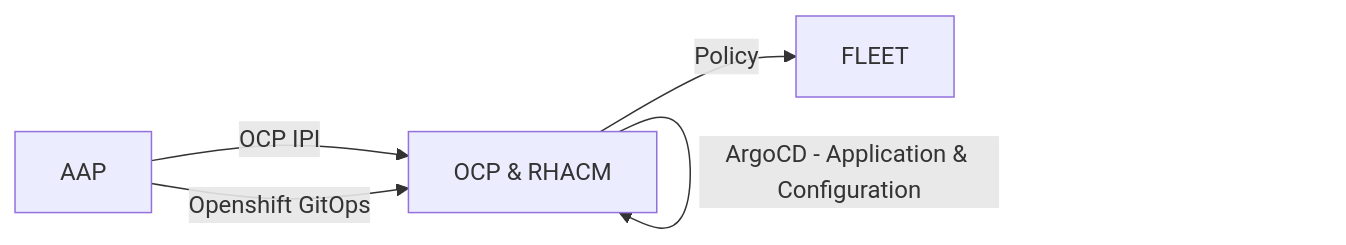
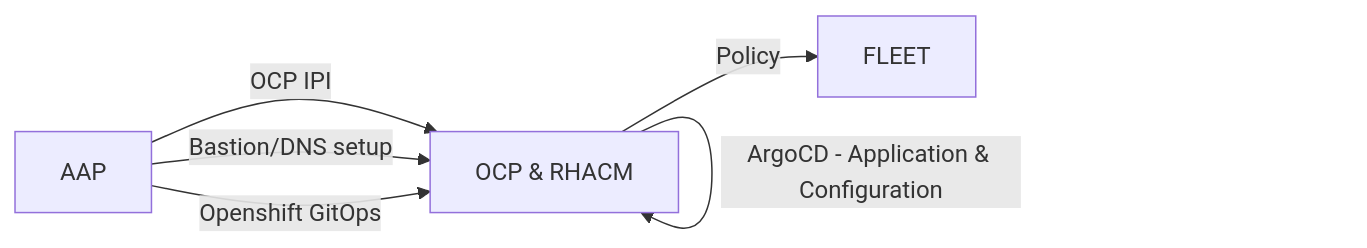
One commit to stolostron/sre-doc changed the first of 2 diagrams in docs/design.md. Above: the diagram before and after it, drawn with Mermaid. The commit also changed other lines of this file and 2 other files, not shown here.

````diff
--- a/docs/design.md
+++ b/docs/design.md
@@ -56,7 +61,8 @@
 ```mermaid
 graph LR
     AAP --> |OCP IPI| OCP
+    AAP --> |Bastion/DNS setup| OCP[OCP & RHACM]
     AAP --> |Openshift GitOps| OCP[OCP & RHACM]
     OCP --> |ArgoCD - Application & Configuration| OCP
     OCP --> |Policy| FLEET
 ```
````
